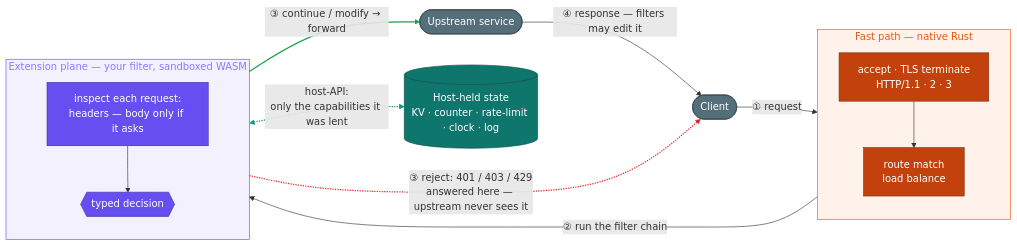
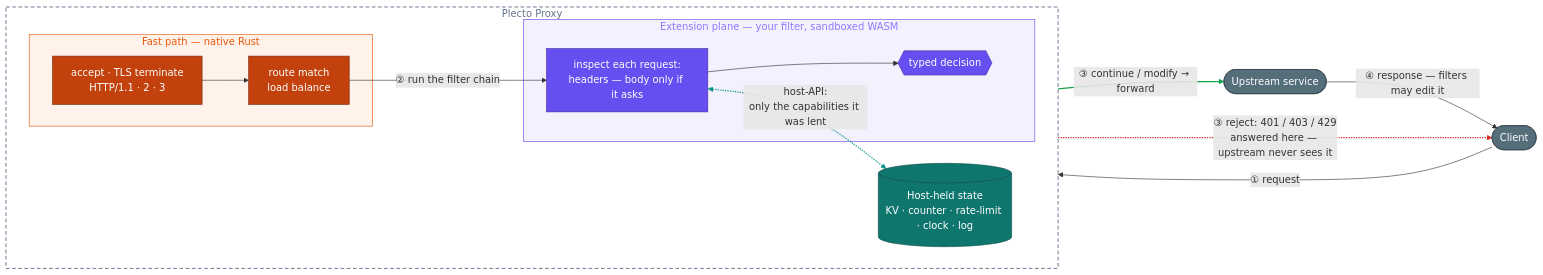
The diagram in README.md (Kaikei-e/PlectoProxy), drawn with Mermaid before and after one commit. The commit also changed 1 other file, not shown here.

Commit message:
docs(README): update flowchart structure and styling in English and Japanese
Refined the flowchart sections in both README files by introducing a new "Plecto Proxy" subgraph for better organization. Adjusted the layout and styling for improved clarity and visual consistency across both language versions.

````diff
--- a/README.md
+++ b/README.md
@@ -26,44 +26,47 @@
 ```mermaid
 flowchart LR
     client(["Client"])
-    upstream(["Upstream service"])
 
-    subgraph fast["Fast path — native Rust"]
-        direction TB
-        edge["accept · TLS terminate<br/>HTTP/1.1 · 2 · 3"]
-        route["route match<br/>load balance"]
-        edge --> route
+    subgraph proxy["Plecto Proxy"]
+        direction LR
+        subgraph fast["Fast path — native Rust"]
+            edge["accept · TLS terminate<br/>HTTP/1.1 · 2 · 3"]
+            route["route match<br/>load balance"]
+            edge --> route
+        end
+
+        subgraph ext["Extension plane — your filter, sandboxed WASM"]
+            inspect["inspect each request:<br/>headers — body only if it asks"]
+            decide{{"typed decision"}}
+            inspect --> decide
+        end
+
+        state[("Host-held state<br/>KV · counter · rate-limit · clock · log")]
     end
 
-    subgraph ext["Extension plane — your filter, sandboxed WASM"]
-        direction TB
-        inspect["inspect each request:<br/>headers — body only if it asks"]
-        decide{{"typed decision"}}
-        inspect --> decide
-    end
-
-    state[("Host-held state<br/>KV · counter · rate-limit · clock · log")]
+    upstream(["Upstream service"])
 
     client -- "① request" --> edge
     route -- "② run the filter chain" --> inspect
     decide -- "③ continue / modify → forward" --> upstream
     decide -. "③ reject: 401 / 403 / 429<br/>answered here — upstream never sees it" .-> client
     upstream -- "④ response — filters may edit it" --> client
     inspect <-. "host-API:<br/>only the capabilities it was lent" .-> state
 
     classDef endpoint fill:#546e7a,stroke:#37474f,color:#ffffff
     classDef fastNode fill:#c2410c,stroke:#7c2d12,color:#ffffff
     classDef wasmNode fill:#654ff0,stroke:#4527a0,color:#ffffff
     classDef stateNode fill:#0f766e,stroke:#134e4a,color:#ffffff
     class client,upstream endpoint
     class edge,route fastNode
     class inspect,decide wasmNode
     class state stateNode
 
+    style proxy fill:transparent,stroke:#64748b,stroke-width:1.5px,stroke-dasharray:6 4,color:#64748b
     style fast fill:#e8590c14,stroke:#e8590c,color:#e8590c
     style ext fill:#654ff014,stroke:#654ff0,color:#8b7bff
 
     linkStyle 4 stroke:#16a34a,stroke-width:2px
     linkStyle 5 stroke:#dc2626,stroke-width:2px
     linkStyle 7 stroke:#0d9488,stroke-width:2px
 ```
````
